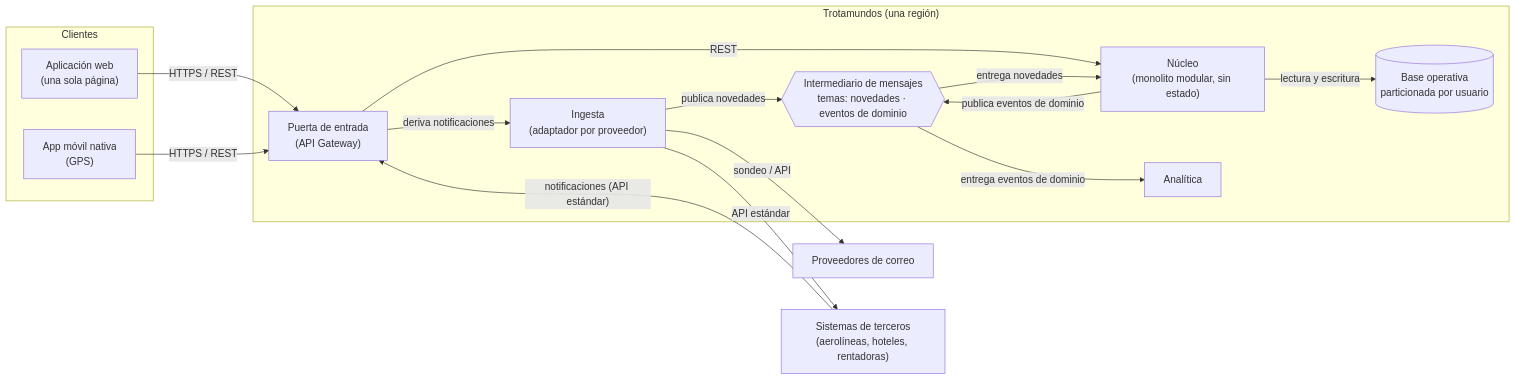
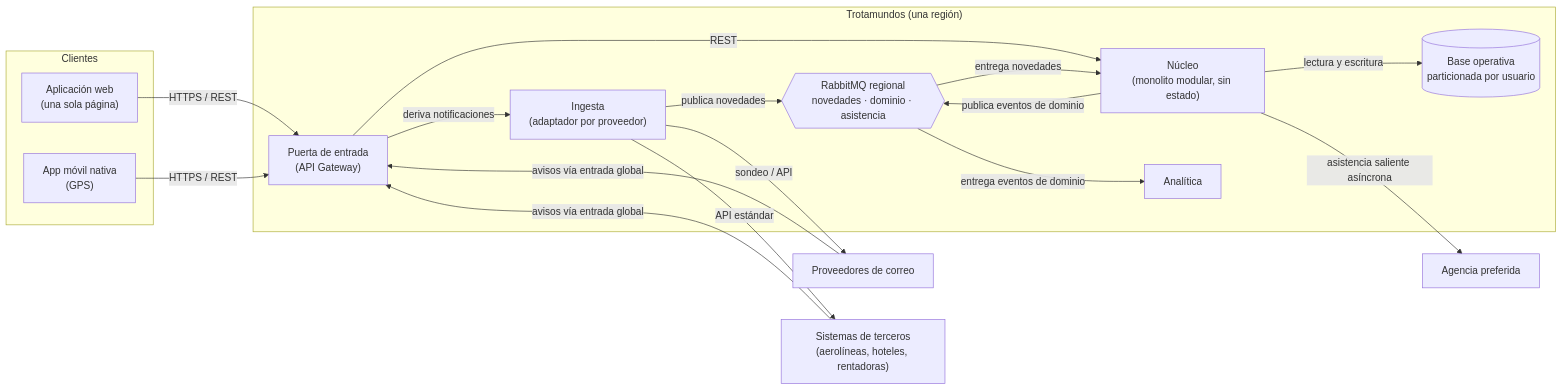
One commit to TadeoBrun1/TPE_software changed the diagram in trotamundos/docs/02-views/cc-view.md. Above: the diagram before and after it, drawn with Mermaid. The commit also changed other lines of this file and 22 other files, not shown here.

````diff
--- a/trotamundos/docs/02-views/cc-view.md
+++ b/trotamundos/docs/02-views/cc-view.md
@@ -17,32 +17,35 @@
 ```mermaid
 flowchart LR
     subgraph Clientes
         W["Aplicación web<br/>(una sola página)"]
         M["App móvil nativa<br/>(GPS)"]
     end
 
     subgraph Trotamundos["Trotamundos (una región)"]
         G["Puerta de entrada<br/>(API Gateway)"]
         N["Núcleo<br/>(monolito modular, sin estado)"]
         DB[("Base operativa<br/>particionada por usuario")]
-        B{{"Intermediario de mensajes<br/>temas: novedades · eventos de dominio"}}
+        B{{"RabbitMQ regional<br/>novedades · dominio · asistencia"}}
         I["Ingesta<br/>(adaptador por proveedor)"]
         A["Analítica"]
     end
 
     EC["Proveedores de correo"]
     ET["Sistemas de terceros<br/>(aerolíneas, hoteles, rentadoras)"]
 
-    ET -- "notificaciones (API estándar)" --> G
+    AG["Agencia preferida"]
+    EC -- "avisos vía entrada global" --> G
+    ET -- "avisos vía entrada global" --> G
+    N -- "asistencia saliente asíncrona" --> AG
     G -- "deriva notificaciones" --> I
     W -- "HTTPS / REST" --> G
     M -- "HTTPS / REST" --> G
     G -- "REST" --> N
     N -- "lectura y escritura" --> DB
     I -- "sondeo / API" --> EC
     I -- "API estándar" --> ET
     I -- "publica novedades" --> B
     B -- "entrega novedades" --> N
     N -- "publica eventos de dominio" --> B
     B -- "entrega eventos de dominio" --> A
 ```
````
